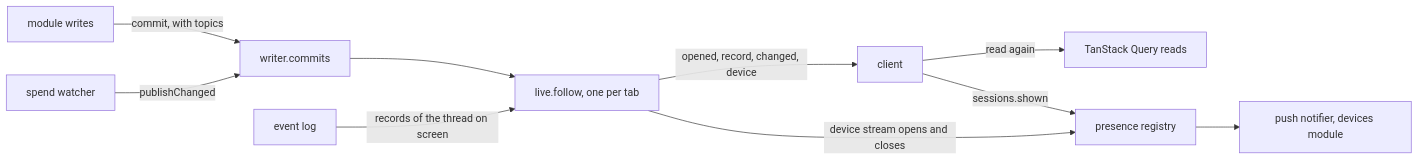
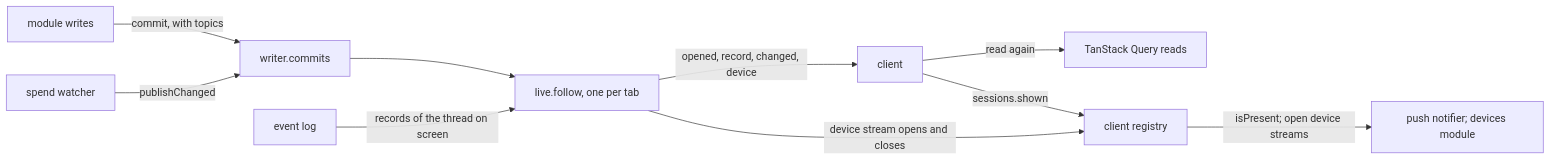
Before and after one commit to zgeoff/nixie: the diagram in docs/design/queue/live-updates.md, drawn with Mermaid. The commit also changed other lines of this file and 1 other file, not shown here.

````diff
--- a/docs/design/queue/live-updates.md
+++ b/docs/design/queue/live-updates.md
@@ -14,12 +17,12 @@
 ```mermaid
 flowchart LR
   writers[module writes] -->|"commit, with topics"| bus[writer.commits]
   watcher[spend watcher] -->|"publishChanged"| bus
   bus --> stream[live.follow, one per tab]
   log[event log] -->|"records of the thread on screen"| stream
   stream -->|"opened, record, changed, device"| client[client]
   client -->|"read again"| reads[TanStack Query reads]
-  client -->|"sessions.shown"| presence[presence registry]
-  stream -->|"device stream opens and closes"| presence
-  presence --> readers[push notifier, devices module]
+  client -->|"sessions.shown"| registry[client registry]
+  stream -->|"device stream opens and closes"| registry
+  registry -->|"isPresent; open device streams"| readers[push notifier; devices module]
 ```
````
